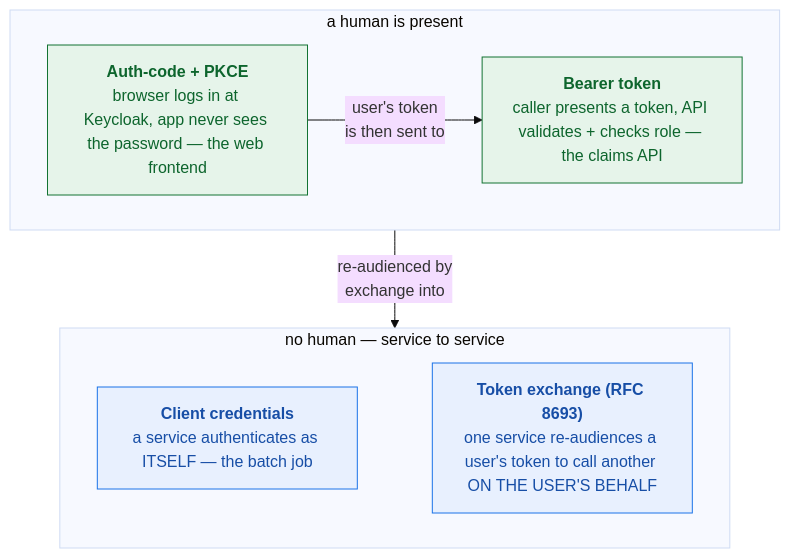
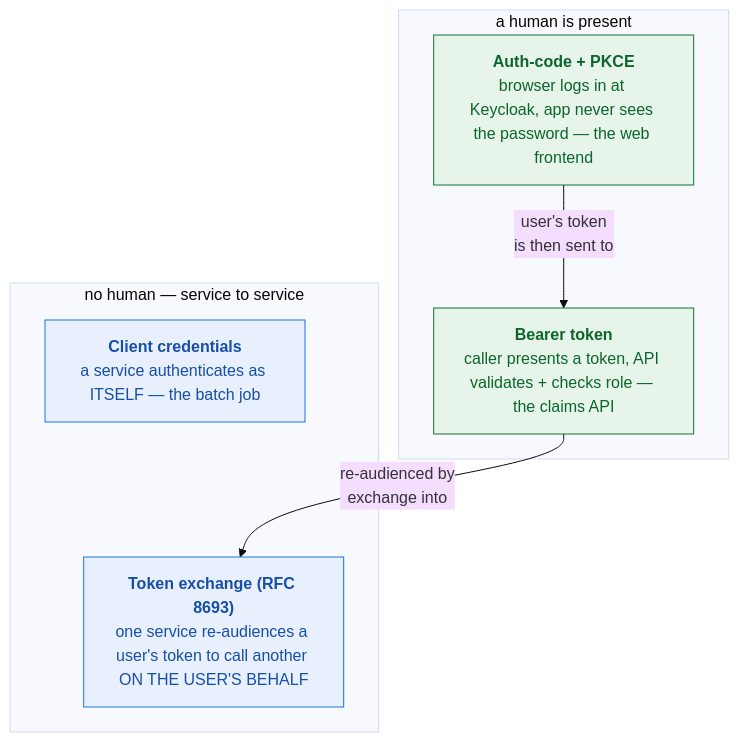
One commit to serhat-dirik/OCP-Getting-Started-Revamped changed the diagram in content/modules/ROOT/examples/diagrams/securing-apps-keycloak/01-four-flows.mmd. Above: the diagram before and after it, drawn with Mermaid (base theme). The commit also changed 6 other files, not shown here.

```diff
--- a/content/modules/ROOT/examples/diagrams/securing-apps-keycloak/01-four-flows.mmd
+++ b/content/modules/ROOT/examples/diagrams/securing-apps-keycloak/01-four-flows.mmd
@@ -1,28 +1,26 @@
 %% The four OAuth/OIDC flows this module uses — Securing Apps with Keycloak.
 %% Grouped by whether a human is directly in that leg: auth-code+PKCE (web login) and bearer tokens
 %% (API) under HUMAN; client credentials (machine) and token exchange (RFC 8693) under MACHINE.
 %% WEB -> BEARER -> TE traces one user's token through the system; client credentials stands alone
 %% as a separate, human-free machine-identity flow. Concept page: "The four flows, and when each
 %% applies" — flow names/order here match that section's four bullets.
 %% Resized 2026-08-22: was 541x645 (rendered 900x1073, text at 1.66x) — each node label was four
 %% lines (three `<br/>`), stacked with no `direction LR`. Fix: compressed every label to two lines
 %% (rule: at most one `<br/>`, wording preserved) and added `direction LR` + `~~~` per subgraph,
 %% same idiom as the build-deliver platform-accretion diagrams.
 flowchart TB
   subgraph HUMAN["a human is present"]
-    direction LR
     WEB["<b>Auth-code + PKCE</b><br/>browser logs in at Keycloak, app never sees the password — the web frontend"]
     BEARER["<b>Bearer token</b><br/>caller presents a token, API validates + checks role — the claims API"]
   end
   subgraph MACHINE["no human — service to service"]
-    direction LR
     CC["<b>Client credentials</b><br/>a service authenticates as ITSELF — the batch job"]
     TE["<b>Token exchange (RFC 8693)</b><br/>one service re-audiences a user's token to call another ON THE USER'S BEHALF"]
     CC ~~~ TE
   end
   WEB -->|"user's token<br/>is then sent to"| BEARER
   BEARER -->|"re-audienced by<br/>exchange into"| TE
   classDef human fill:#e6f4ea,stroke:#137333,color:#0d652d;
   classDef machine fill:#e8f0fe,stroke:#1a73e8,color:#174ea6;
   class WEB,BEARER human;
   class CC,TE machine;
```
